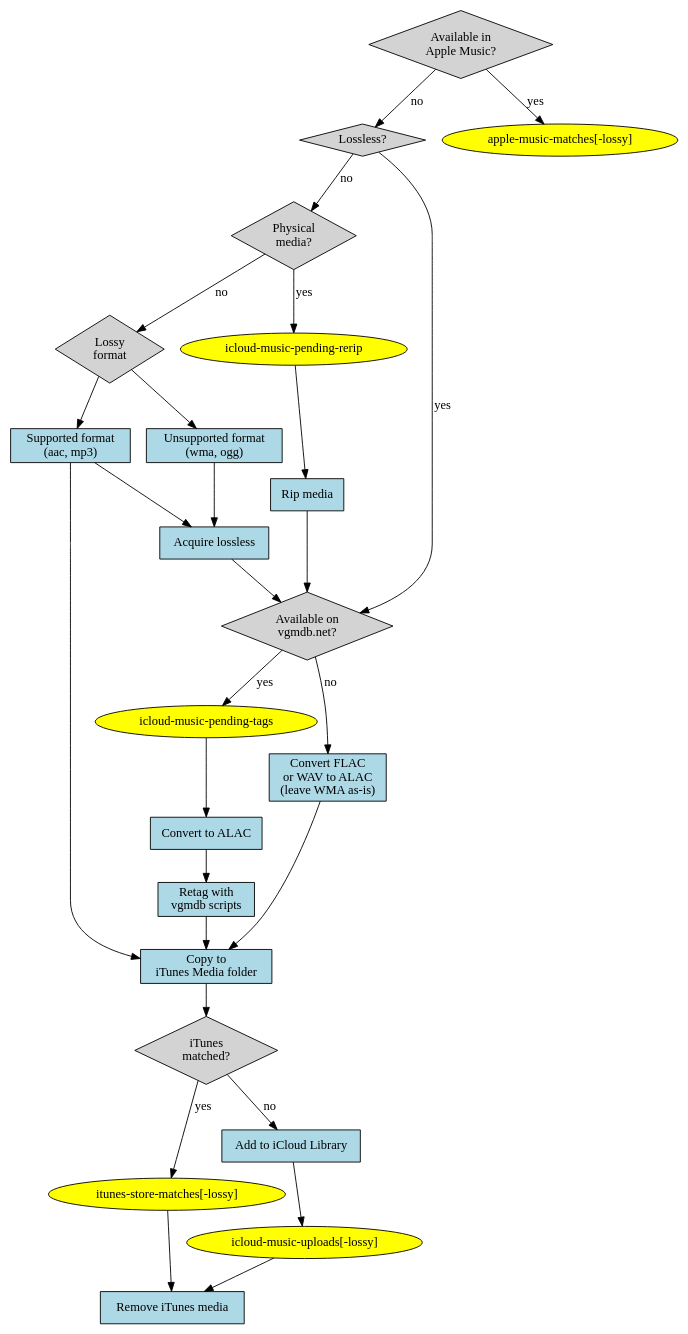
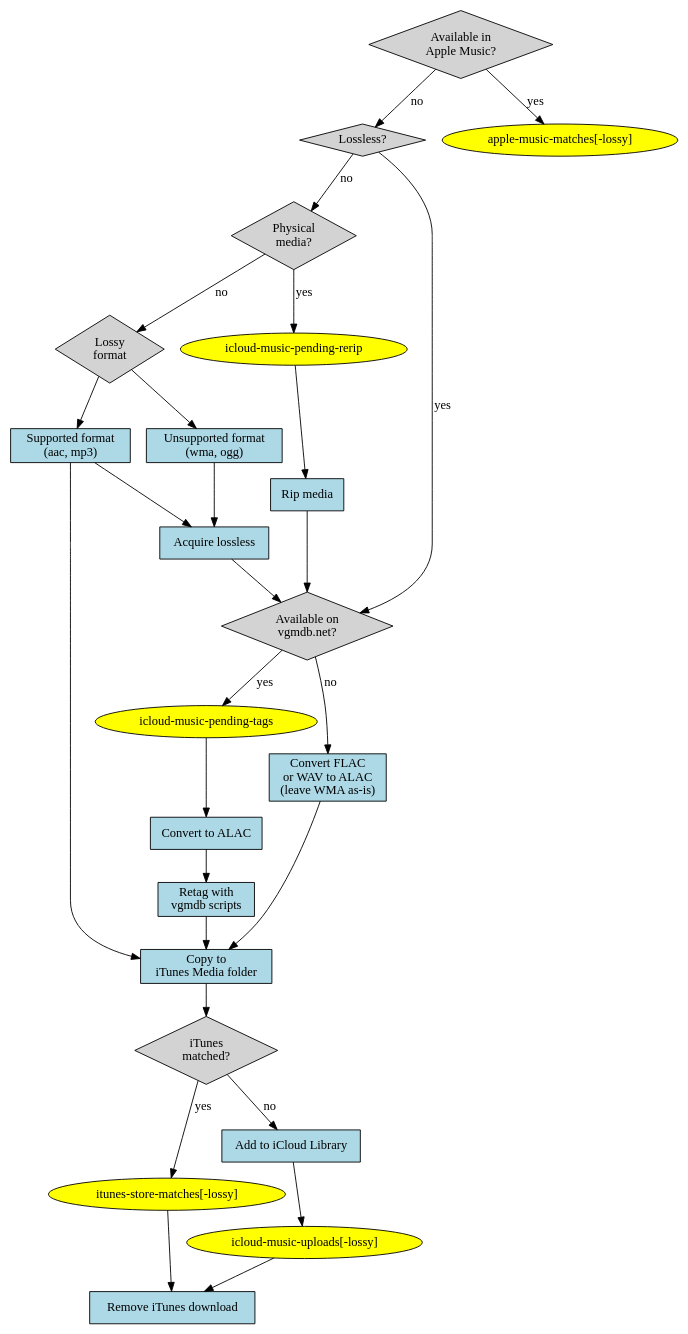
The diagram in workflow.gv (aaron-meyers/music-migration), drawn with Graphviz before and after one commit. The commit also changed 3 other files, not shown here.

```diff
--- a/workflow.gv
+++ b/workflow.gv
@@ -1,56 +1,56 @@
 digraph {
     fontname="Calibri"
     node [fontname="Calibri"]
     edge [fontname="Calibri"]
 
     node [shape=diamond style=filled fillcolor=lightgray]
     is_apple_music_available [label="Available in\nApple Music?"]
     is_lossless [label="Lossless?"]
     is_vgmdb_available [label="Available on\nvgmdb.net?"]
     itunes_matched [label="iTunes\nmatched?"]
     have_physical_media [label="Physical\nmedia?"]
     lossy_format [label="Lossy\nformat"]
 
     node [shape=oval fillcolor=yellow]
     apple_music_matches [label="apple-music-matches[-lossy]"]
     itunes_store_matches [label="itunes-store-matches[-lossy]"]
     icloud_music_pending_rerip [label="icloud-music-pending-rerip"]
     icloud_music_pending_tags [label="icloud-music-pending-tags"]
     icloud_music_uploads [label="icloud-music-uploads[-lossy]"]
 
     node [shape=rect fillcolor=lightblue]
     rip_media [label="Rip media"]
     supported_lossy_format [label="Supported format\n(aac, mp3)"]
     unsupported_lossy_format [label="Unsupported format\n(wma, ogg)"]
     acquire_lossless [label="Acquire lossless"]
     convert_flac_to_alac [label="Convert FLAC\nor WAV to ALAC\n(leave WMA as-is)"]
     convert_to_alac [label="Convert to ALAC"]
     vgmdb_scripts [label="Retag with\nvgmdb scripts"]
     copy_to_itunes_media [label="Copy to\niTunes Media folder"]
     add_to_icloud_library [label="Add to iCloud Library"]
-    remove_itunes_media [label="Remove iTunes media"]
+    remove_itunes_download [label="Remove iTunes download"]
 
     is_apple_music_available -> apple_music_matches [label="yes"]
 
     is_apple_music_available -> is_lossless [label="no"]
     is_lossless -> is_vgmdb_available [label="yes"]
     is_vgmdb_available -> icloud_music_pending_tags [label="yes"]
     icloud_music_pending_tags -> convert_to_alac -> vgmdb_scripts
     vgmdb_scripts -> copy_to_itunes_media -> itunes_matched
     itunes_matched -> itunes_store_matches [label="yes"]
     itunes_matched -> add_to_icloud_library [label="no"]
-    add_to_icloud_library -> icloud_music_uploads -> remove_itunes_media
-    itunes_store_matches -> remove_itunes_media
+    add_to_icloud_library -> icloud_music_uploads -> remove_itunes_download
+    itunes_store_matches -> remove_itunes_download
 
     is_vgmdb_available -> convert_flac_to_alac [label="no"]
     convert_flac_to_alac -> copy_to_itunes_media 
 
     is_lossless -> have_physical_media [label="no"]
     have_physical_media -> icloud_music_pending_rerip [label="yes"]
     icloud_music_pending_rerip -> rip_media -> is_vgmdb_available
     have_physical_media -> lossy_format [label="no"]
     lossy_format -> supported_lossy_format -> copy_to_itunes_media
     supported_lossy_format -> acquire_lossless
     lossy_format -> unsupported_lossy_format -> acquire_lossless
     acquire_lossless -> is_vgmdb_available
 }
```
